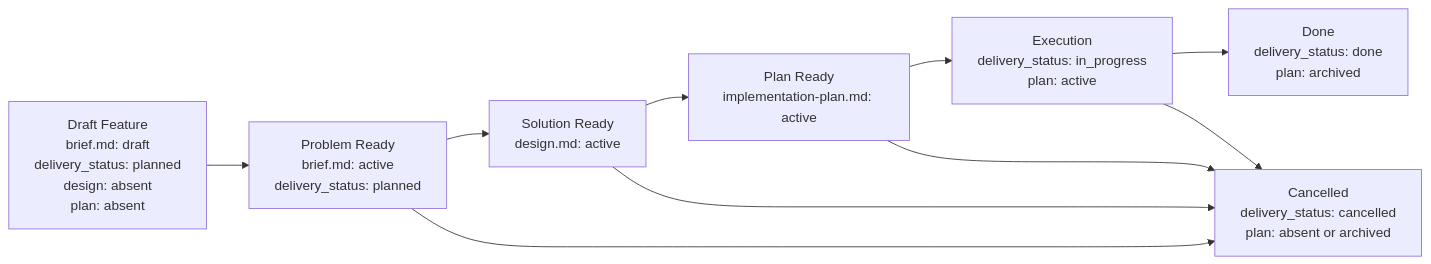
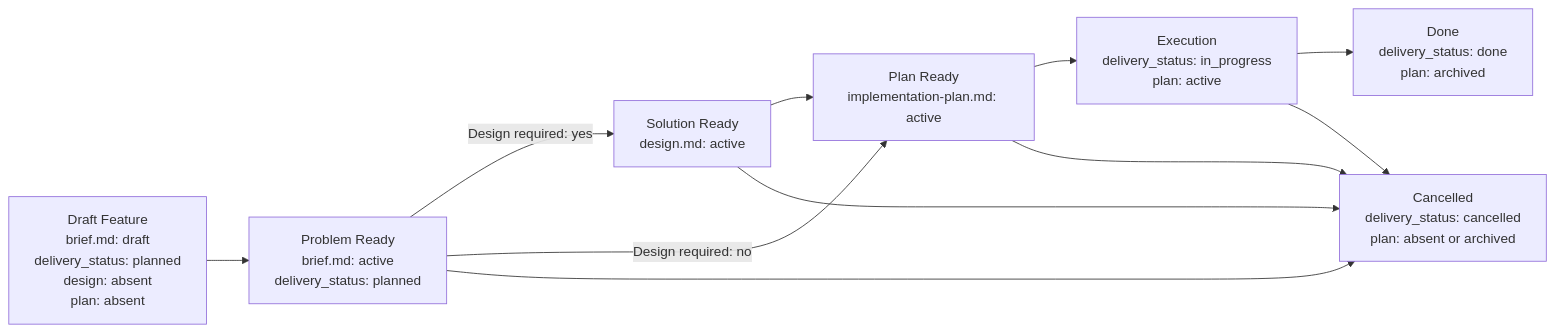
Before and after one commit to dapi/memory-bank: the diagram in memory-bank/flows/feature-flow.md, drawn with Mermaid. The commit also changed other lines of this file and 28 other files, not shown here.

````diff
--- a/memory-bank/flows/feature-flow.md
+++ b/memory-bank/flows/feature-flow.md
@@ -98,12 +130,13 @@
 ```mermaid
 flowchart LR
     DF["Draft Feature<br/>brief.md: draft<br/>delivery_status: planned<br/>design: absent<br/>plan: absent"] --> PR["Problem Ready<br/>brief.md: active<br/>delivery_status: planned"]
-    PR --> SR["Solution Ready<br/>design.md: active"]
+    PR -->|"Design required: yes"| SR["Solution Ready<br/>design.md: active"]
+    PR -->|"Design required: no"| PL["Plan Ready<br/>implementation-plan.md: active"]
     SR --> PL["Plan Ready<br/>implementation-plan.md: active"]
     PL --> EX["Execution<br/>delivery_status: in_progress<br/>plan: active"]
     PR --> CL["Cancelled<br/>delivery_status: cancelled<br/>plan: absent or archived"]
     SR --> CL
     PL --> CL
     EX --> DN["Done<br/>delivery_status: done<br/>plan: archived"]
     EX --> CL
 ```
````
